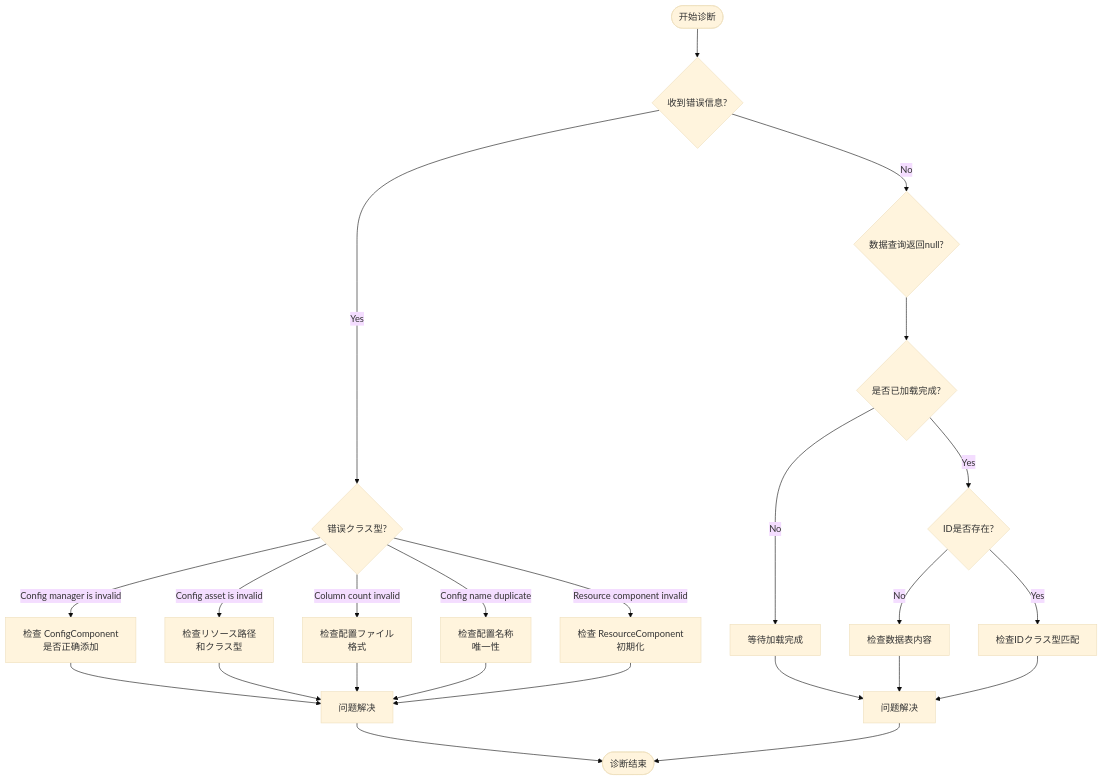
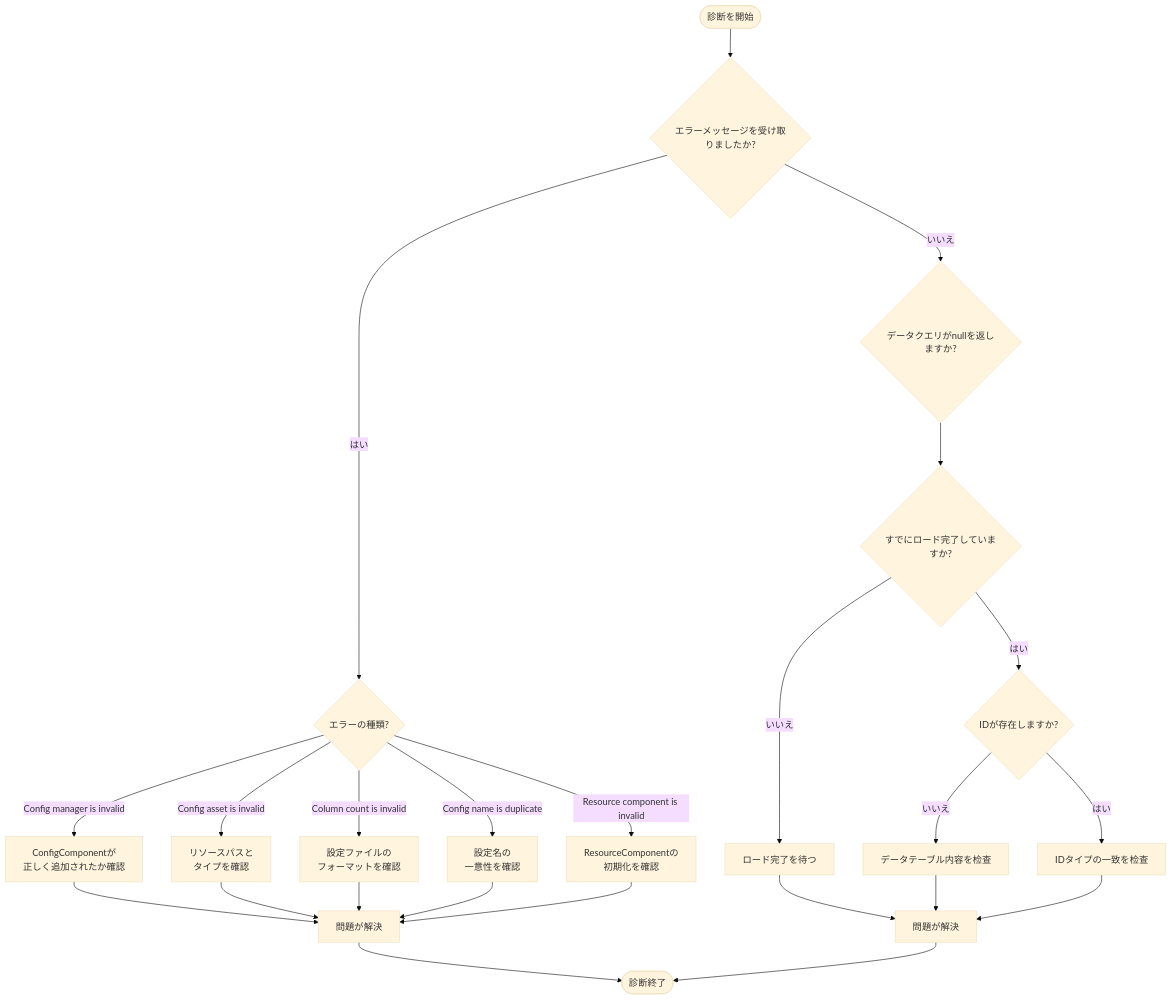
One commit to AlianBlank/GameFrameX.Docs changed the diagram in docs/ja/client/unity/component/config/14.troubleshooting.md. Above: the diagram before and after it, drawn with Mermaid (base theme). The commit also changed other lines of this file and 320 other files, not shown here.

````diff
--- a/docs/ja/client/unity/component/config/14.troubleshooting.md
+++ b/docs/ja/client/unity/component/config/14.troubleshooting.md
@@ -189,32 +189,32 @@
 ```mermaid
 flowchart TD
-    Start([开始诊断]) --> Check1{收到错误信息?}
+    Start([診断を開始]) --> Check1{エラーメッセージを受け取りましたか?}
     
-    Check1 -->|Yes| ErrorCheck{错误クラス型?}
-    Check1 -->|No| CheckData{数据查询返回null?}
+    Check1 -->|はい| ErrorCheck{エラーの種類?}
+    Check1 -->|いいえ| CheckData{データクエリがnullを返しますか?}
     
-    ErrorCheck -->|"Config manager is invalid"| Fix1[检查 ConfigComponent<br/>是否正确添加]
-    ErrorCheck -->|"Config asset is invalid"| Fix2[检查リソース路径<br/>和クラス型]
-    ErrorCheck -->|"Column count invalid"| Fix3[检查配置ファイル<br/>格式]
-    ErrorCheck -->|"Config name duplicate"| Fix4[检查配置名称<br/>唯一性]
-    ErrorCheck -->|"Resource component invalid"| Fix5[检查 ResourceComponent<br/>初期化]
+    ErrorCheck -->|"Config manager is invalid"| Fix1[ConfigComponentが<br/>正しく追加されたか確認]
+    ErrorCheck -->|"Config asset is invalid"| Fix2[リソースパスと<br/>タイプを確認]
+    ErrorCheck -->|"Column count is invalid"| Fix3[設定ファイルの<br/>フォーマットを確認]
+    ErrorCheck -->|"Config name is duplicate"| Fix4[設定名の<br/>一意性を確認]
+    ErrorCheck -->|"Resource component is invalid"| Fix5[ResourceComponentの<br/>初期化を確認]
     
-    Fix1 --> Done1[问题解决]
+    Fix1 --> Done1[問題が解決]
     Fix2 --> Done1
     Fix3 --> Done1
     Fix4 --> Done1
     Fix5 --> Done1
     
-    CheckData --> LoadComplete{是否已加载完成?}
-    LoadComplete -->|No| Fix6[等待加载完成]
-    LoadComplete -->|Yes| IdValid{ID是否存在?}
-    IdValid -->|No| Fix7[检查数据表内容]
-    IdValid -->|Yes| Fix8[检查IDクラス型匹配]
+    CheckData --> LoadComplete{すでにロード完了していますか?}
+    LoadComplete -->|いいえ| Fix6[ロード完了を待つ]
+    LoadComplete -->|はい| IdValid{IDが存在しますか?}
+    IdValid -->|いいえ| Fix7[データテーブル内容を检查]
+    IdValid -->|はい| Fix8[IDタイプの一致を检查]
     
-    Fix6 --> Done2[问题解决]
+    Fix6 --> Done2[問題が解決]
     Fix7 --> Done2
     Fix8 --> Done2
     
-    Done1 --> End([诊断结束])
+    Done1 --> End([診断終了])
     Done2 --> End
 ```
````
